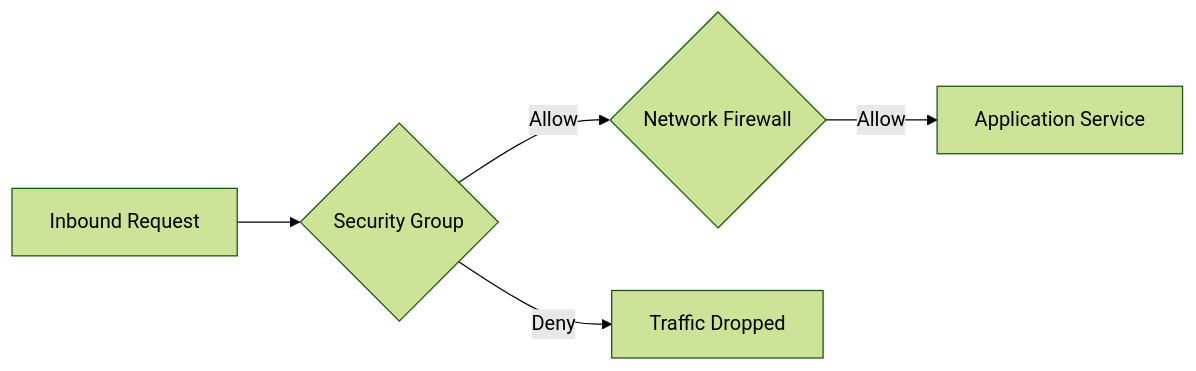
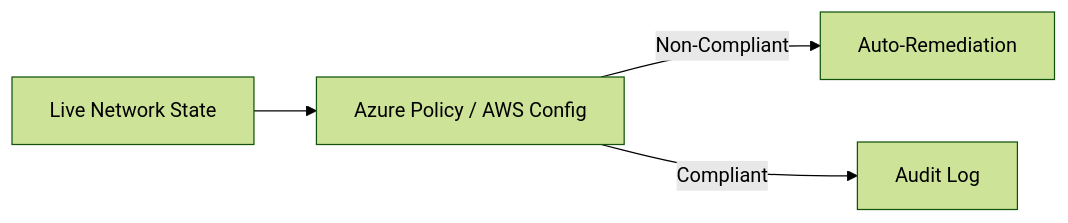
The tenth of 11 diagrams in README.md (Devopstrio/terraform-enterprise-networking), drawn with Mermaid (forest theme) before and after one commit. The commit also changed other lines of this file, not shown here.

Commit message:
docs: implement 11+ professional architecture diagrams for enterprise networking

````diff
--- a/README.md
+++ b/README.md
@@ -121,7 +218,6 @@
 ```mermaid
 graph LR
-    Req[Inbound Request] --> SG{Security Group}
-    SG -->|Allow| FW{Network Firewall}
-    FW -->|Allow| App[Application Service]
-    SG -->|Deny| Drop[Traffic Dropped]
+    Config[Live Network State] --> Auditor[Azure Policy / AWS Config]
+    Auditor -->|Non-Compliant| Remediate[Auto-Remediation]
+    Auditor -->|Compliant| Success[Audit Log]
 ```
````
